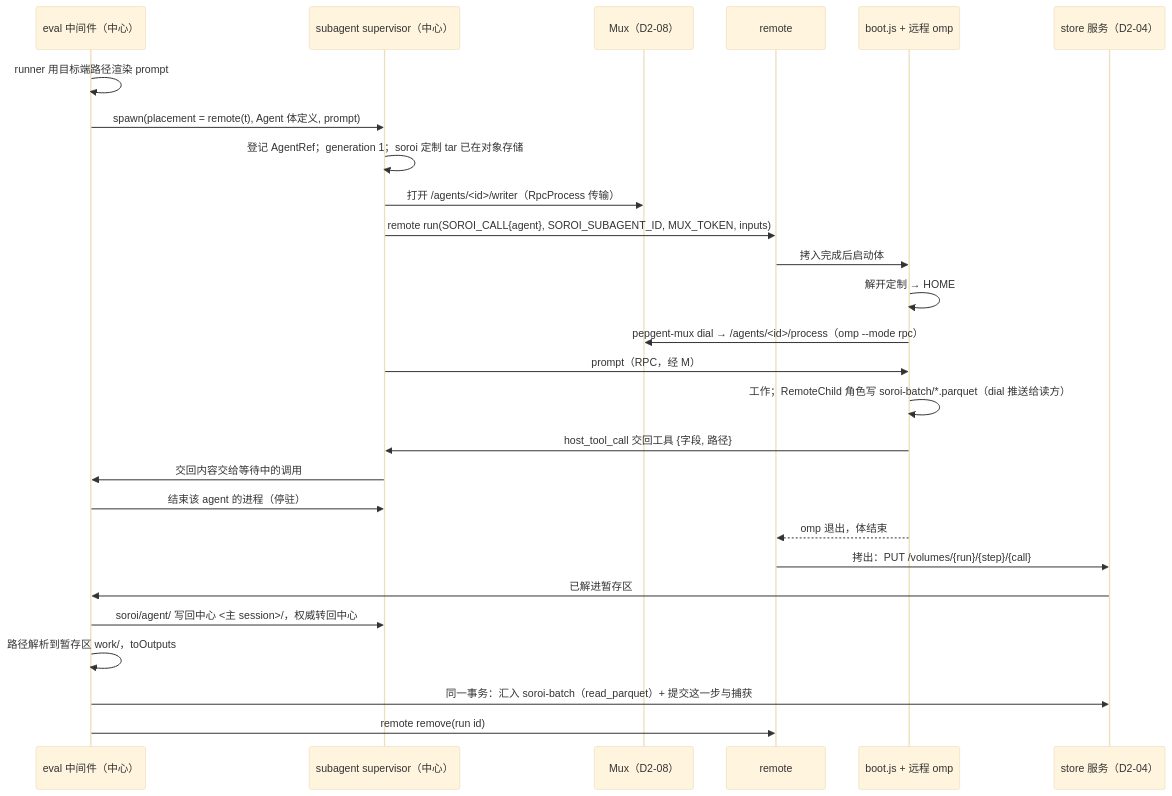
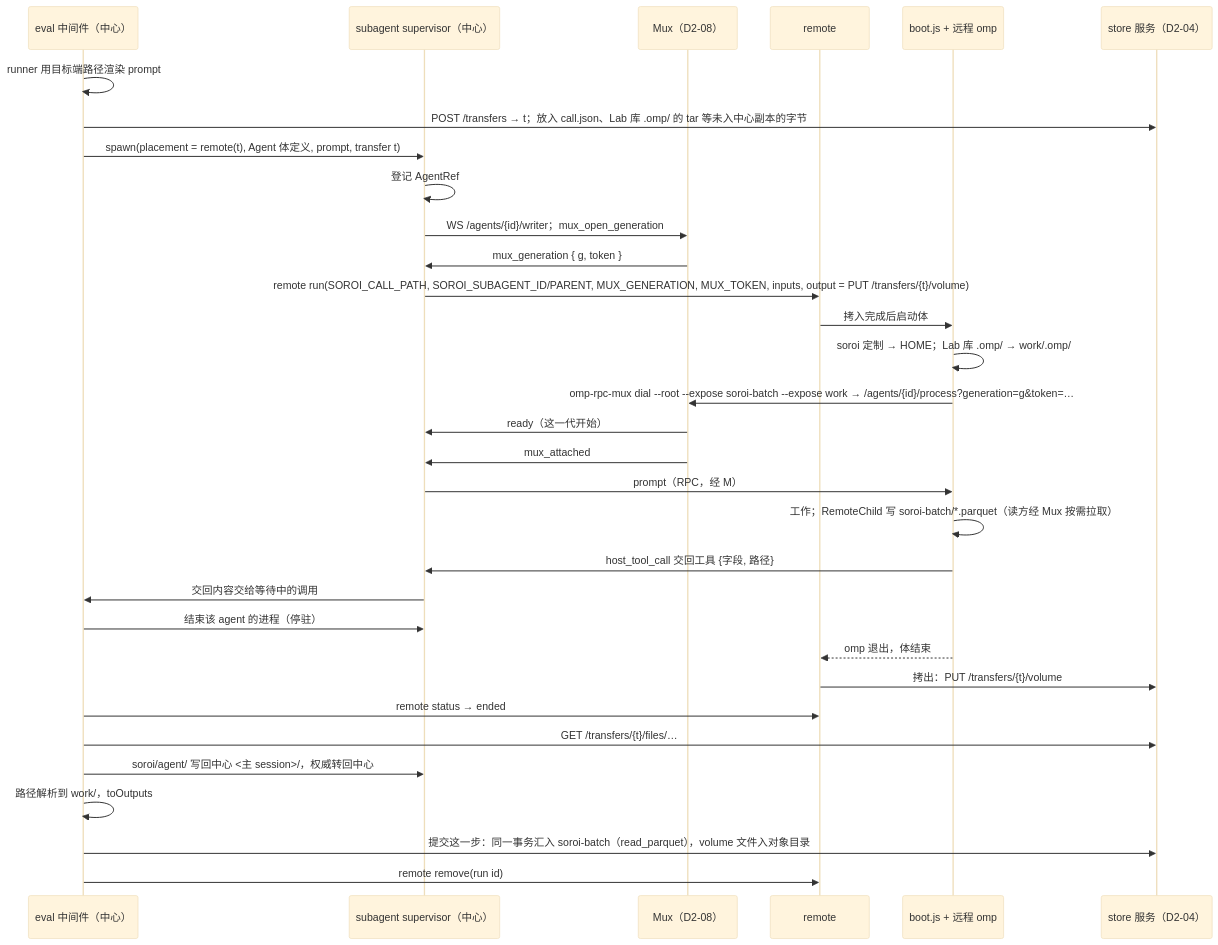
One commit to Pepgent/PM changed the second of 2 diagrams in evidence/decisions/D4-remote-exec.md. Above: the diagram before and after it, drawn with Mermaid (base theme). The commit also changed other lines of this file and 22 other files, not shown here.

````diff
--- a/evidence/decisions/D4-remote-exec.md
+++ b/evidence/decisions/D4-remote-exec.md
@@ -215,29 +261,34 @@
 ```mermaid
 sequenceDiagram
     participant E as eval 中间件（中心）
     participant P as subagent supervisor（中心）
     participant M as Mux（D2-08）
     participant R as remote
     participant B as boot.js + 远程 omp
     participant S as store 服务（D2-04）
     E->>E: runner 用目标端路径渲染 prompt
-    E->>P: spawn(placement = remote(t), Agent 体定义, prompt)
-    P->>P: 登记 AgentRef；generation 1；soroi 定制 tar 已在对象存储
-    P->>M: 打开 /agents/<id>/writer（RpcProcess 传输）
-    P->>R: remote run(SOROI_CALL{agent}, SOROI_SUBAGENT_ID, MUX_TOKEN, inputs)
+    E->>S: POST /transfers → t；放入 call.json、Lab 库 .omp/ 的 tar 等未入中心副本的字节
+    E->>P: spawn(placement = remote(t), Agent 体定义, prompt, transfer t)
+    P->>P: 登记 AgentRef
+    P->>M: WS /agents/{id}/writer；mux_open_generation
+    M->>P: mux_generation { g, token }
+    P->>R: remote run(SOROI_CALL_PATH, SOROI_SUBAGENT_ID/PARENT, MUX_GENERATION, MUX_TOKEN, inputs, output = PUT /transfers/{t}/volume)
     R->>B: 拷入完成后启动体
-    B->>B: 解开定制 → HOME
-    B->>M: pepgent-mux dial → /agents/<id>/process（omp --mode rpc）
+    B->>B: soroi 定制 → HOME；Lab 库 .omp/ → work/.omp/
+    B->>M: omp-rpc-mux dial --root --expose soroi-batch --expose work → /agents/{id}/process?generation=g&token=…
+    M->>P: ready（这一代开始）
+    M->>P: mux_attached
     P->>B: prompt（RPC，经 M）
-    B->>B: 工作；RemoteChild 角色写 soroi-batch/*.parquet（dial 推送给读方）
+    B->>B: 工作；RemoteChild 写 soroi-batch/*.parquet（读方经 Mux 按需拉取）
     B->>P: host_tool_call 交回工具 {字段, 路径}
     P->>E: 交回内容交给等待中的调用
     E->>P: 结束该 agent 的进程（停驻）
     B-->>R: omp 退出，体结束
-    R->>S: 拷出：PUT /volumes/{run}/{step}/{call}
-    S->>E: 已解进暂存区
+    R->>S: 拷出：PUT /transfers/{t}/volume
+    E->>R: remote status → ended
+    E->>S: GET /transfers/{t}/files/…
     E->>P: soroi/agent/ 写回中心 <主 session>/，权威转回中心
-    E->>E: 路径解析到暂存区 work/，toOutputs
-    E->>S: 同一事务：汇入 soroi-batch（read_parquet）+ 提交这一步与捕获
+    E->>E: 路径解析到 work/，toOutputs
+    E->>S: 提交这一步：同一事务汇入 soroi-batch（read_parquet），volume 文件入对象目录
     E->>R: remote remove(run id)
 ```
````
